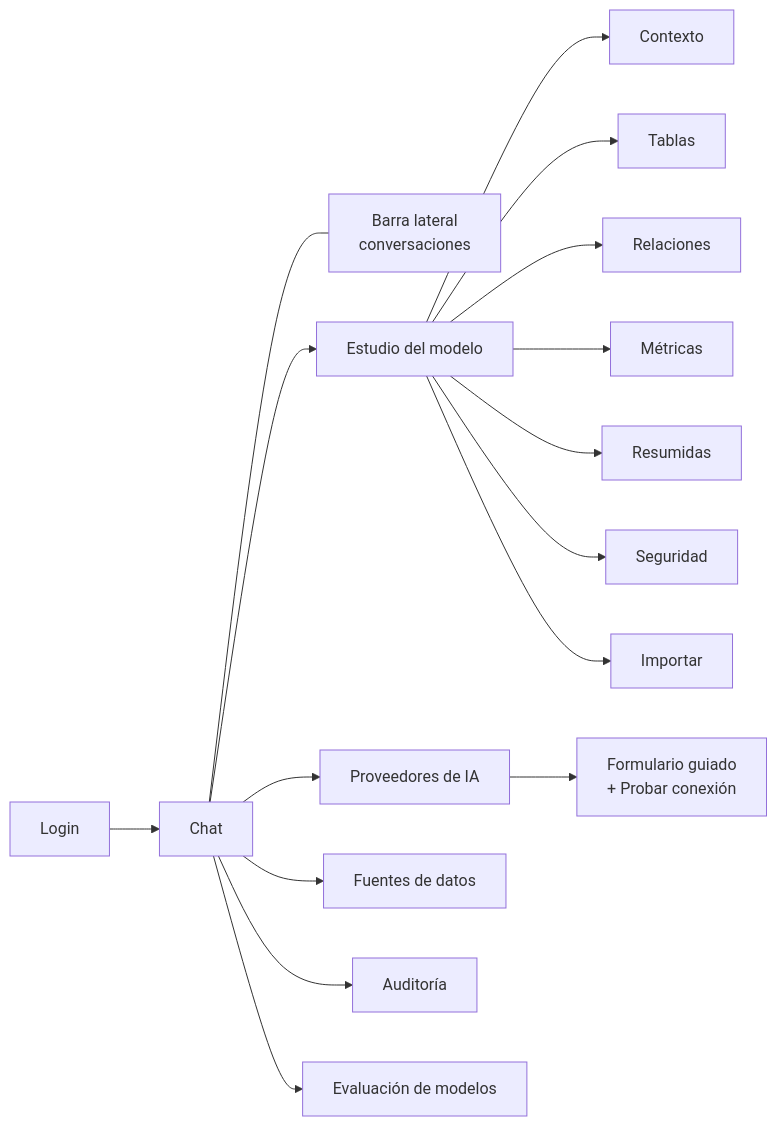
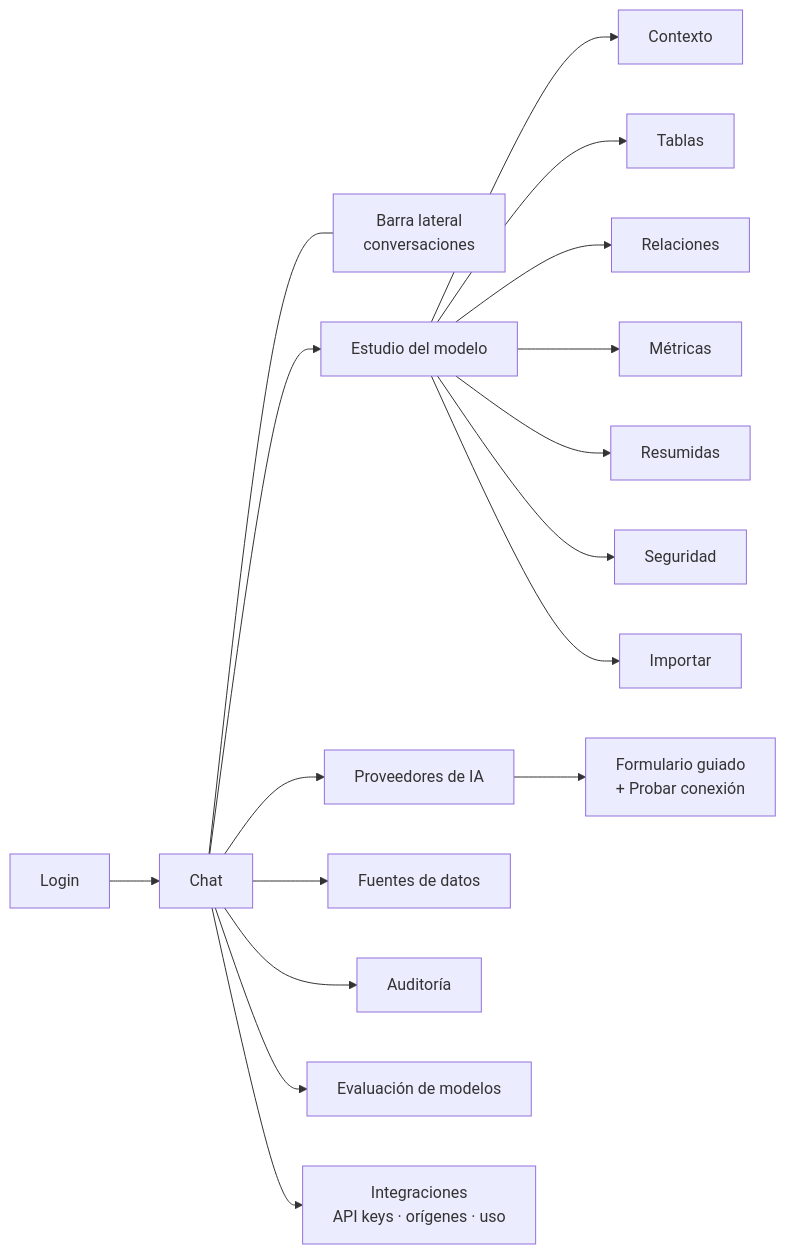
One commit to jmmana/ChatIApp changed the diagram in docs/INTERFAZ.md. Above: the diagram before and after it, drawn with Mermaid. The commit also changed 14 other files, not shown here.

First line of the commit message:
Diseñar la integración de ChatIApp en otras apps y publicar el roadmap

````diff
--- a/docs/INTERFAZ.md
+++ b/docs/INTERFAZ.md
@@ -20,12 +20,13 @@
 ```mermaid
 flowchart LR
     L["Login"] --> CH["Chat"]
     CH --- SB["Barra lateral<br/>conversaciones"]
     CH --> MS["Estudio del modelo"]
     MS --> T1["Contexto"] & T2["Tablas"] & T3["Relaciones"] & T4["Métricas"] & T5["Resumidas"] & T6["Seguridad"] & T7["Importar"]
     CH --> PR["Proveedores de IA"]
     PR --> PF["Formulario guiado<br/>+ Probar conexión"]
     CH --> FD["Fuentes de datos"]
     CH --> AU["Auditoría"]
     CH --> EV["Evaluación de modelos"]
+    CH --> IN["Integraciones<br/>API keys · orígenes · uso"]
 ```
````
